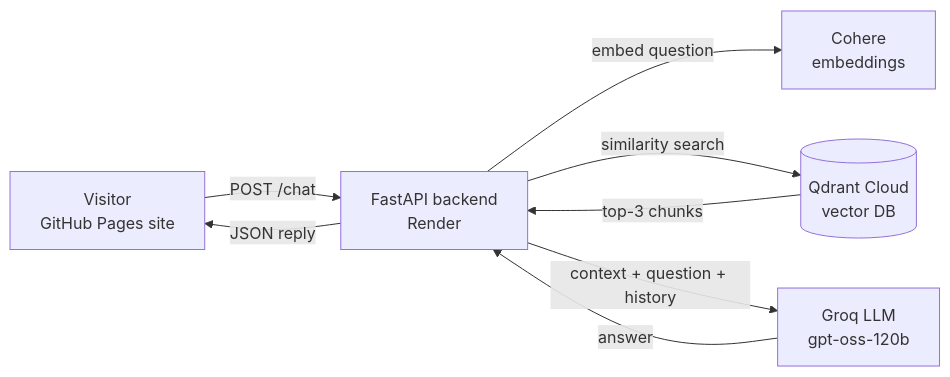
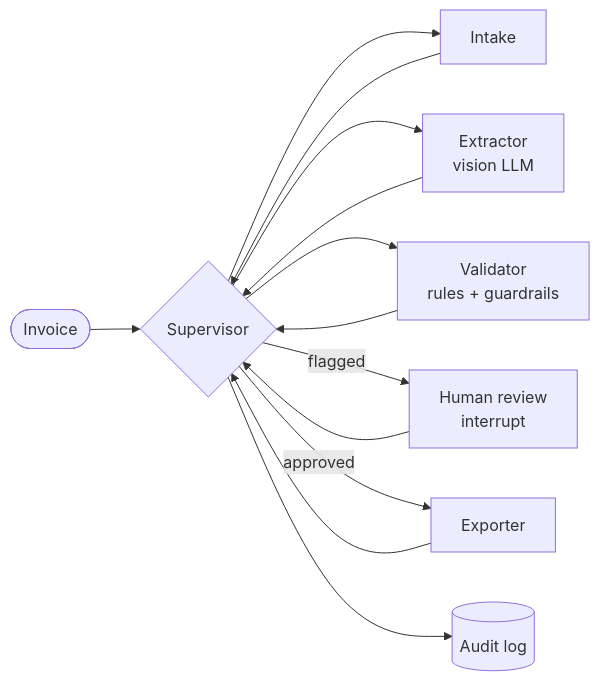
One commit to salu12776/invoiceops changed the diagram in README.md. Above: the diagram before and after it, drawn with Mermaid. The commit also changed other lines of this file, not shown here.

Commit message:
Fix README: InvoiceOps README with real-world test section

````diff
--- a/README.md
+++ b/README.md
@@ -19,10 +24,11 @@
 ```mermaid
 flowchart LR
-    A[Visitor<br/>GitHub Pages site] -->|POST /chat| B[FastAPI backend<br/>Render]
-    B -->|embed question| C[Cohere<br/>embeddings]
-    B -->|similarity search| D[(Qdrant Cloud<br/>vector DB)]
-    D -->|top-3 chunks| B
-    B -->|context + question + history| E[Groq LLM<br/>gpt-oss-120b]
-    E -->|answer| B
-    B -->|JSON reply| A
+    U([Invoice]) --> S{Supervisor}
+    S --> I[Intake]
+    S --> E[Extractor<br/>vision LLM]
+    S --> V[Validator<br/>rules + guardrails]
+    S -->|flagged| H[Human review<br/>interrupt]
+    S -->|approved| X[Exporter]
+    S --> A[(Audit log)]
+    I & E & V & H & X --> S
 ```
````
